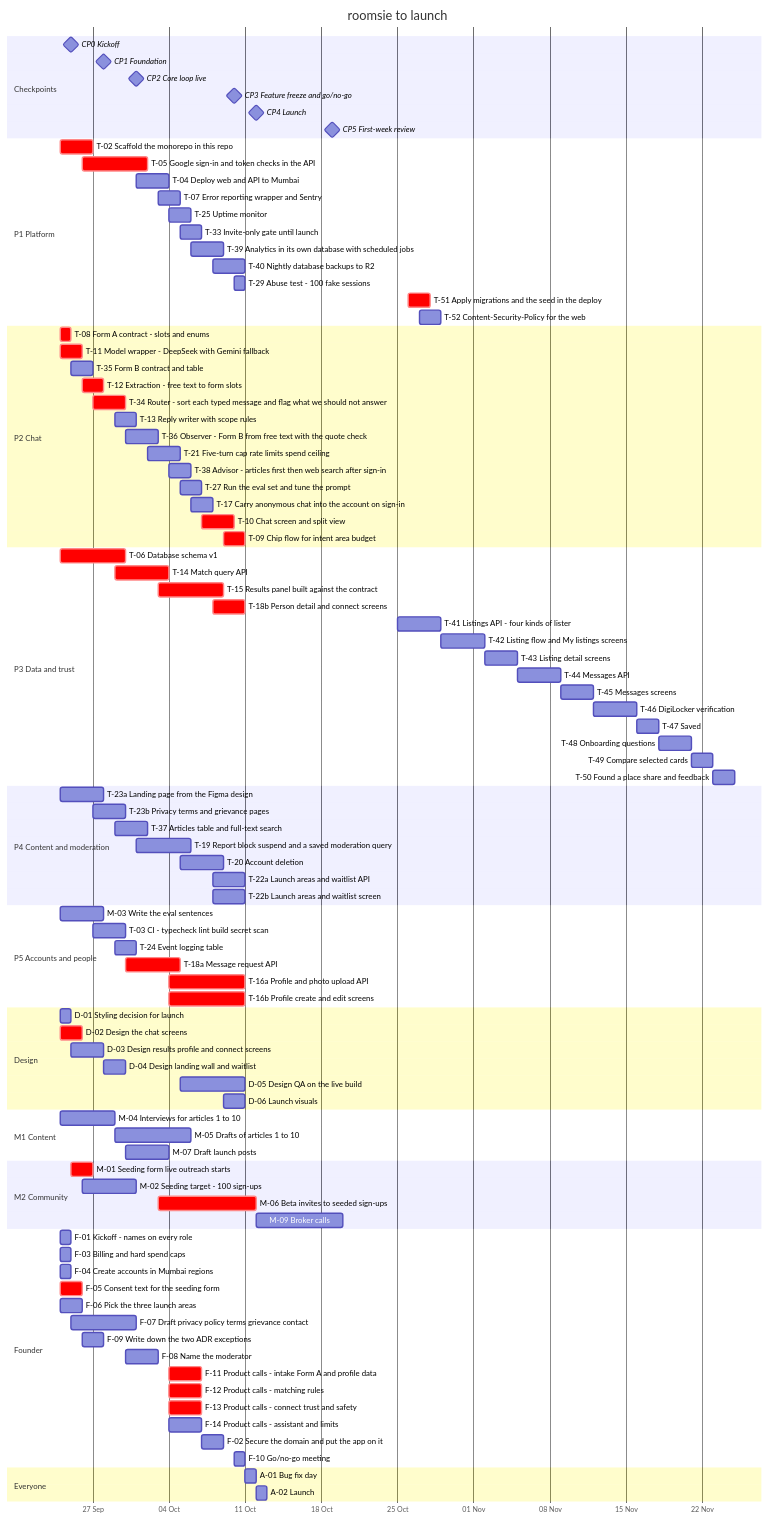
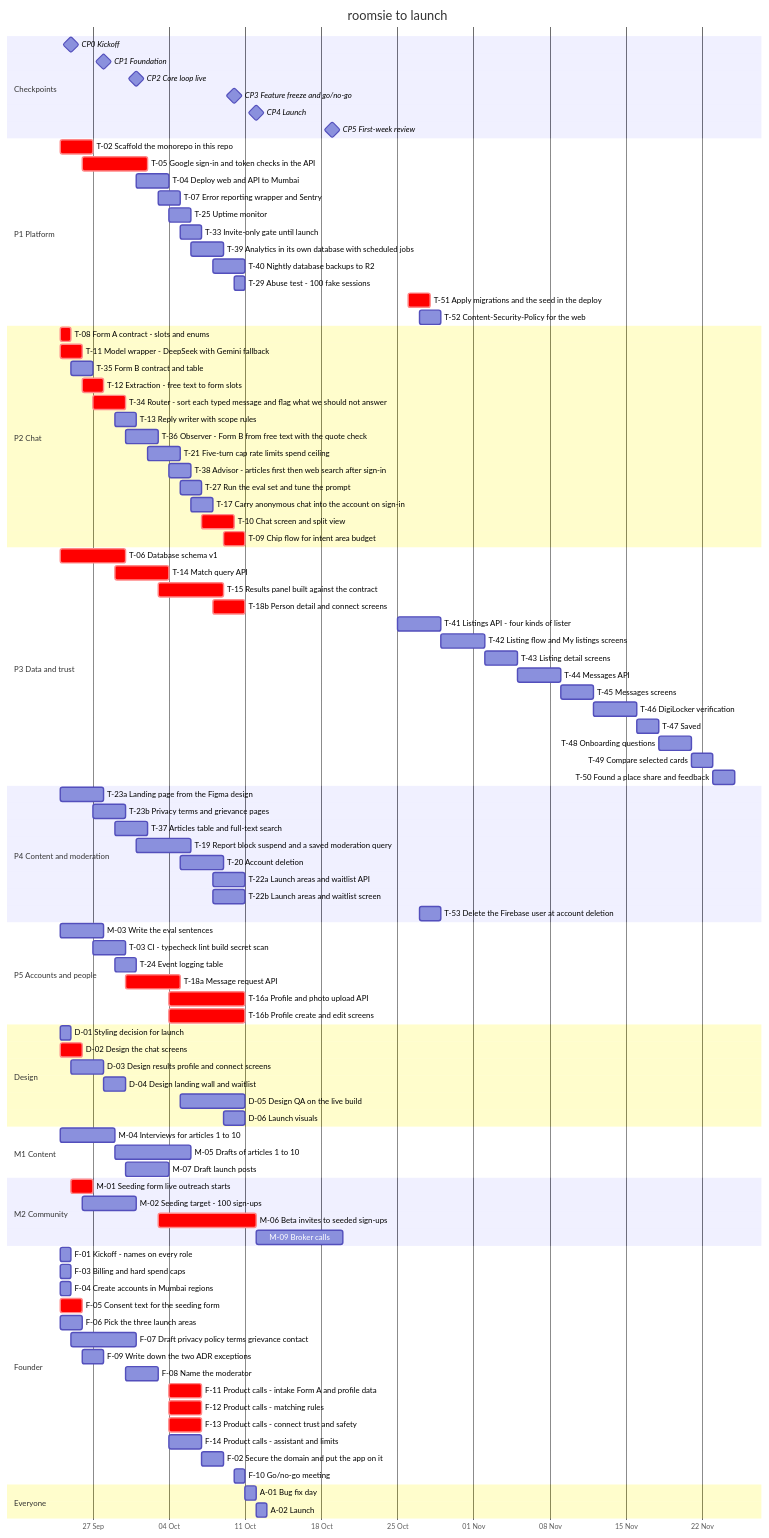
The diagram in docs/team-plan.md (magentawood/roomsie), drawn with Mermaid before and after one commit. The commit also changed other lines of this file and 32 other files, not shown here.

First line of the commit message:
[T-20] Delete an account and its data (#142)

```diff
--- a/docs/team-plan.md
+++ b/docs/team-plan.md
@@ -367,6 +369,7 @@
     T-20 Account deletion :t20, 2026-10-05, 4d
     T-22a Launch areas and waitlist API :t22a, 2026-10-08, 3d
     T-22b Launch areas and waitlist screen :t22b, 2026-10-08, 3d
+    T-53 Delete the Firebase user at account deletion :t53, 2026-10-27, 2d
     section P5 Accounts and people
     M-03 Write the eval sentences :m03, 2026-09-24, 4d
     T-03 CI - typecheck lint build secret scan :t03, 2026-09-27, 3d
```
